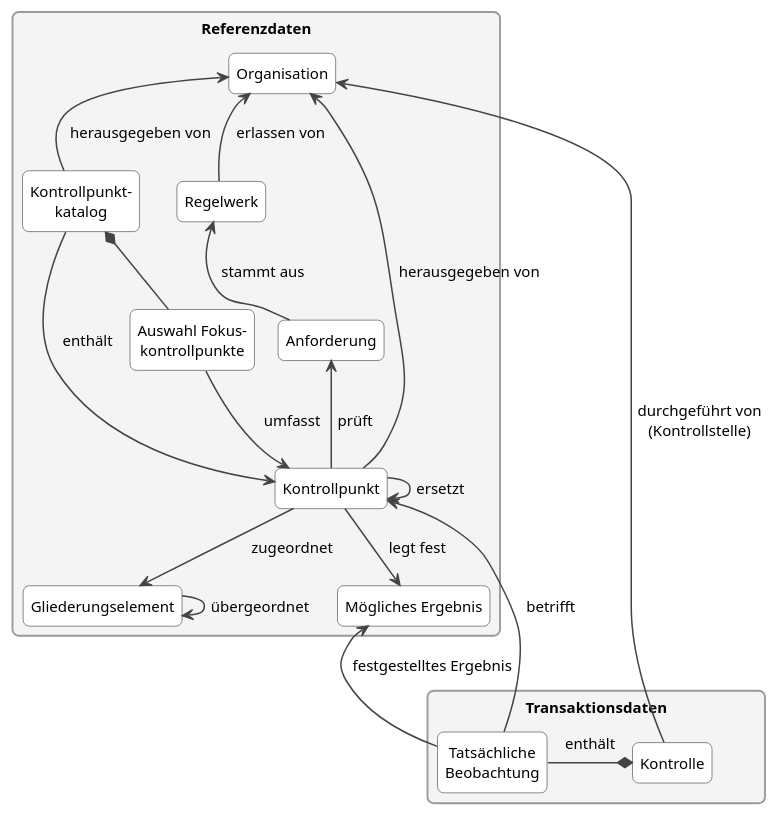
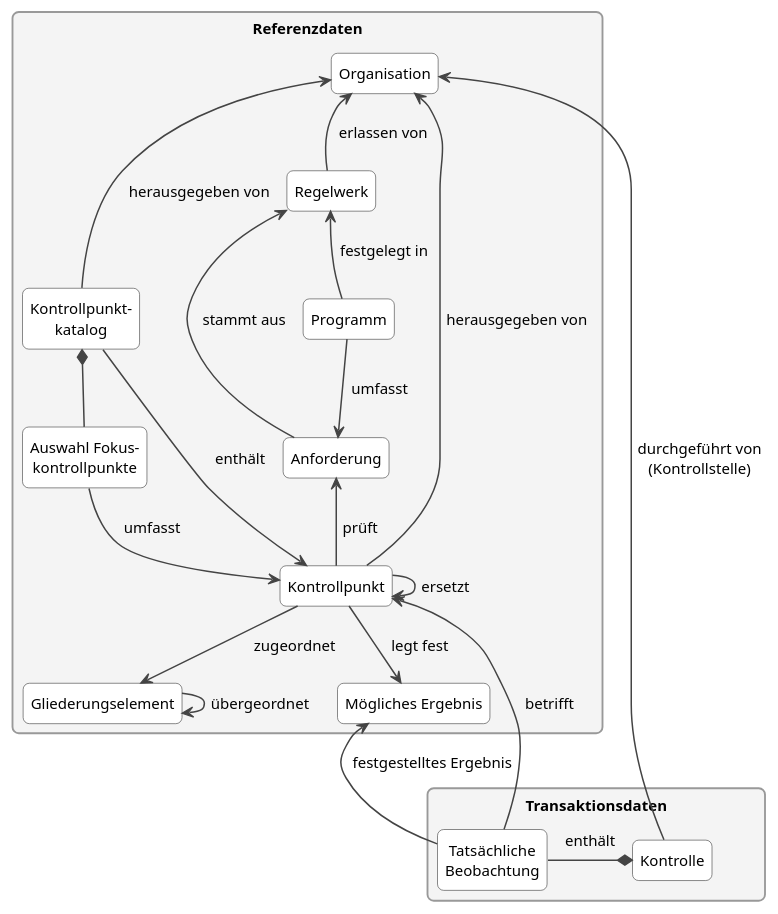
Before and after one commit to Persilian/eCH-0264: the diagram in docs/de/assets/puml/conceptual_model.puml, drawn with PlantUML. The commit also changed 2 other files, not shown here.

Commit message:
Add Programm to the data model
A Programm such as RAUS or BTS is defined in a Regelwerk and bundles
Anforderungen; one Anforderung can belong to several programmes.
Document the decision.

```diff
--- a/docs/de/assets/puml/conceptual_model.puml
+++ b/docs/de/assets/puml/conceptual_model.puml
@@ -5,51 +5,54 @@
 @startuml
 !pragma layout smetana
 skinparam shadowing false
 skinparam roundCorner 10
 skinparam packageStyle rectangle
 skinparam defaultFontSize 12
 skinparam Padding 3
 skinparam ArrowColor #444444
 skinparam ArrowThickness 1.2
 skinparam classBorderColor #444444
 skinparam classBackgroundColor #FFFFFF
 skinparam packageBorderColor #999999
 skinparam packageBackgroundColor #F4F4F4
 hide circle
 hide empty members
 
 package "Referenzdaten" as REF {
   class "Organisation" as ORG
   class "Regelwerk" as RW
   class "Anforderung" as ANF
+  class "Programm" as PRG
   class "Kontrollpunkt" as KP
   class "Mögliches Ergebnis" as ERG
   class "Gliederungselement" as GE
   class "Kontrollpunkt-\nkatalog" as KAT
   class "Auswahl Fokus-\nkontrollpunkte" as FKP
 
   RW -up-> ORG : erlassen von
   ANF -up-> RW : stammt aus
+  PRG -up-> RW : festgelegt in
+  PRG --> ANF : umfasst
   KP -up-> ANF : prüft
   KP -up-> ORG : herausgegeben von
   KP -down-> ERG : legt fest
   KP --> GE : zugeordnet
   GE --> GE : übergeordnet
   KP --> KP : ersetzt
   KAT --> KP : enthält
   KAT -up-> ORG : herausgegeben von
   KAT *-- FKP
   FKP --> KP : umfasst
 }
 
 package "Transaktionsdaten" as TRX {
   class "Kontrolle" as KON
   class "Tatsächliche\nBeobachtung" as BEO
   KON *-right- BEO : enthält
 }
 
 BEO -up-> KP : betrifft
 BEO -up-> ERG : festgestelltes Ergebnis
 KON -up-> ORG : durchgeführt von\n(Kontrollstelle)
 REF -[hidden]down- TRX
 @enduml
```
